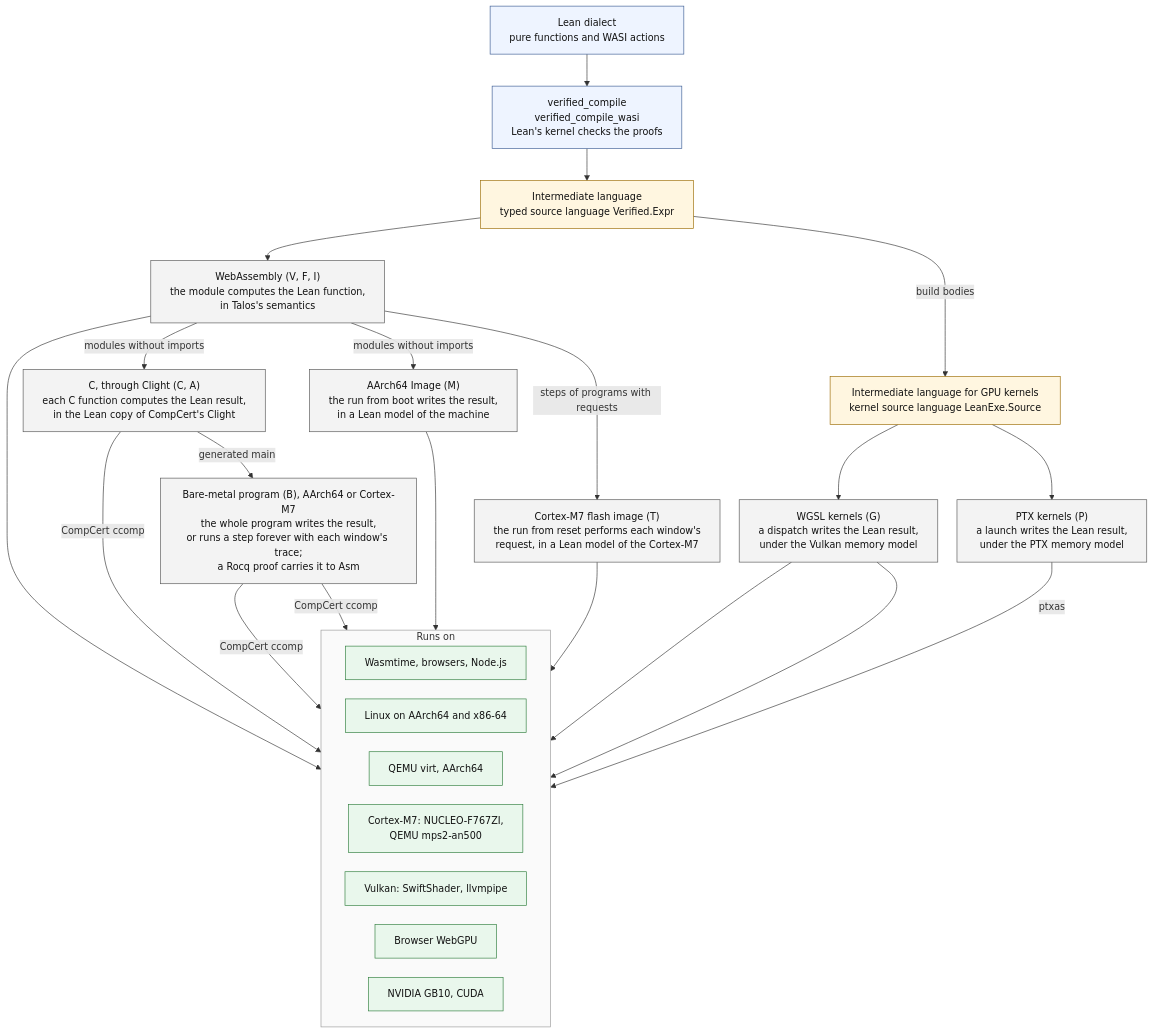
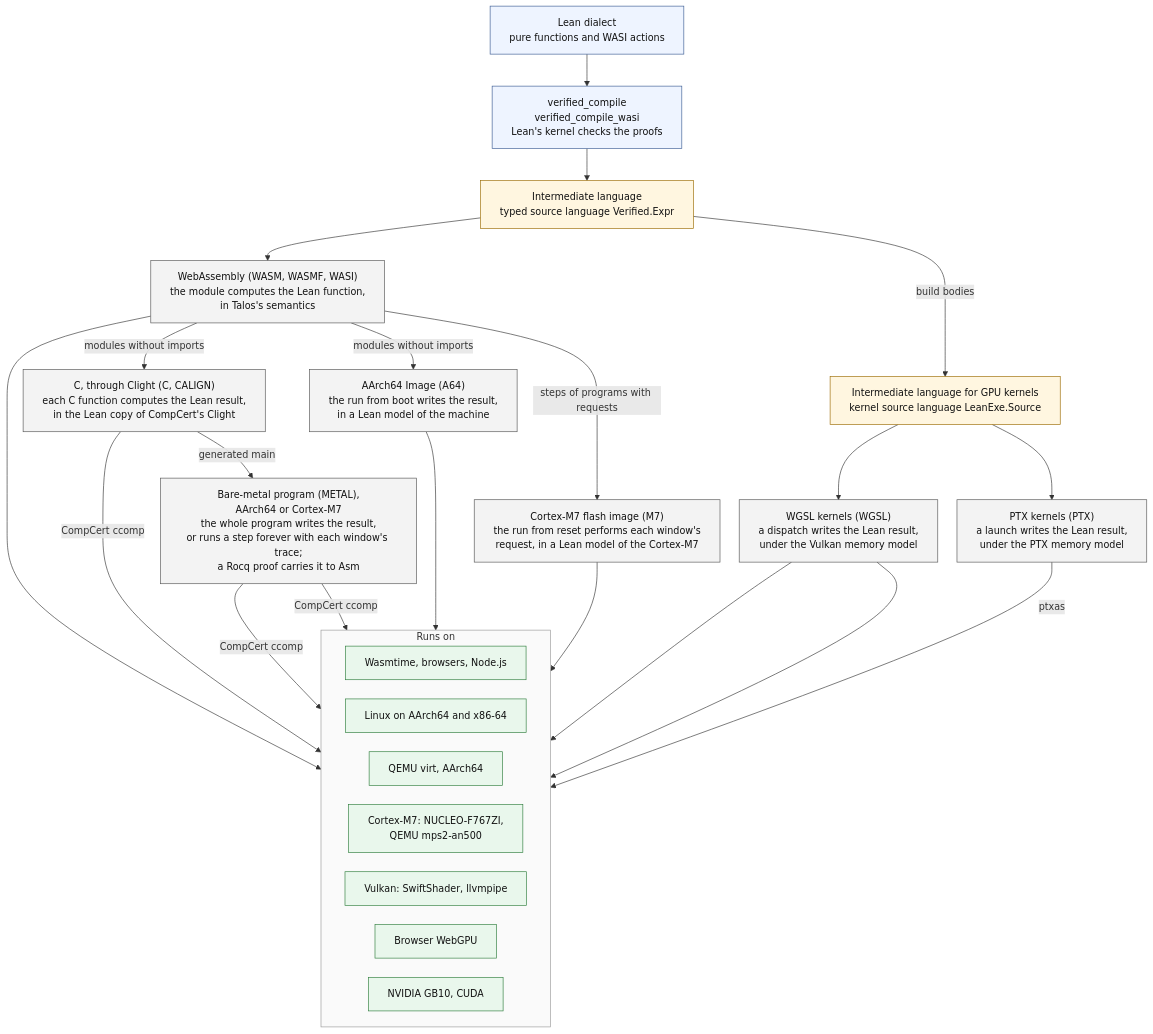
One commit to jsmorph/leanexe changed the diagram in docs/toolchain-summary.mmd. Above: the diagram before and after it, drawn with Mermaid. The commit also changed 18 other files, not shown here.

```diff
--- a/docs/toolchain-summary.mmd
+++ b/docs/toolchain-summary.mmd
@@ -1,55 +1,55 @@
 %%{init: {"flowchart": {"htmlLabels": true, "curve": "basis", "nodeSpacing": 30, "rankSpacing": 50, "wrappingWidth": 340}, "themeVariables": {"fontSize": "15px", "clusterBkg": "#fafafa", "clusterBorder": "#999999"}}}%%
 flowchart TB
   SRC["Lean dialect<br/>pure functions and WASI actions"]
   REF["verified_compile<br/>verified_compile_wasi<br/>Lean's kernel checks the proofs"]
 
   EXPR["Intermediate language<br/>typed source language Verified.Expr"]
   KSRC["Intermediate language for GPU kernels<br/>kernel source language LeanExe.Source"]
 
-  WASM["WebAssembly (V, F, I)<br/>the module computes the Lean function,<br/>in Talos's semantics"]
-  C["C, through Clight (C, A)<br/>each C function computes the Lean result,<br/>in the Lean copy of CompCert's Clight"]
-  BARE["Bare-metal program (B), AArch64 or Cortex-M7<br/>the whole program writes the result,<br/>or runs a step forever with each window's trace;<br/>a Rocq proof carries it to Asm"]
-  A64["AArch64 Image (M)<br/>the run from boot writes the result,<br/>in a Lean model of the machine"]
-  M7["Cortex-M7 flash image (T)<br/>the run from reset performs each window's<br/>request, in a Lean model of the Cortex-M7"]
-  WGSL["WGSL kernels (G)<br/>a dispatch writes the Lean result,<br/>under the Vulkan memory model"]
-  PTX["PTX kernels (P)<br/>a launch writes the Lean result,<br/>under the PTX memory model"]
+  WASM["WebAssembly (WASM, WASMF, WASI)<br/>the module computes the Lean function,<br/>in Talos's semantics"]
+  C["C, through Clight (C, CALIGN)<br/>each C function computes the Lean result,<br/>in the Lean copy of CompCert's Clight"]
+  BARE["Bare-metal program (METAL),<br/>AArch64 or Cortex-M7<br/>the whole program writes the result,<br/>or runs a step forever with each window's trace;<br/>a Rocq proof carries it to Asm"]
+  A64["AArch64 Image (A64)<br/>the run from boot writes the result,<br/>in a Lean model of the machine"]
+  M7["Cortex-M7 flash image (M7)<br/>the run from reset performs each window's<br/>request, in a Lean model of the Cortex-M7"]
+  WGSL["WGSL kernels (WGSL)<br/>a dispatch writes the Lean result,<br/>under the Vulkan memory model"]
+  PTX["PTX kernels (PTX)<br/>a launch writes the Lean result,<br/>under the PTX memory model"]
 
   subgraph RUN["Runs on"]
     direction LR
     T1["Wasmtime, browsers, Node.js"]
     T2["Linux on AArch64 and x86-64"]
     T3["QEMU virt, AArch64"]
     T7["Cortex-M7: NUCLEO-F767ZI,<br/>QEMU mps2-an500"]
     T4["Vulkan: SwiftShader, llvmpipe"]
     T6["Browser WebGPU"]
     T5["NVIDIA GB10, CUDA"]
   end
 
   SRC --> REF --> EXPR
   EXPR -- "build bodies" --> KSRC
   EXPR --> WASM
   WASM -- "modules without imports" --> C
   C -- "generated main" --> BARE
   WASM -- "modules without imports" --> A64
   KSRC --> WGSL
   KSRC --> PTX
   WASM --> T1
   C -- "CompCert ccomp" --> T2
   BARE -- "CompCert ccomp" --> T3
   BARE -- "CompCert ccomp" --> T7
   A64 ~~~ BARE
   A64 --> T3
   WASM -- "steps of programs with requests" --> M7
   M7 --> T7
   WGSL --> T4
   WGSL --> T6
   PTX -- "ptxas" --> T5
 
   classDef src fill:#eef4ff,stroke:#3b5b92,color:#111
   classDef ir fill:#fff6e0,stroke:#9a6b00,color:#111
   classDef back fill:#f3f3f3,stroke:#555,color:#111
   classDef run fill:#e9f7ec,stroke:#2e7d3c,color:#111
   class SRC,REF src
   class EXPR,KSRC ir
   class WASM,C,BARE,A64,M7,WGSL,PTX back
   class T1,T2,T3,T4,T5,T6,T7 run
```
